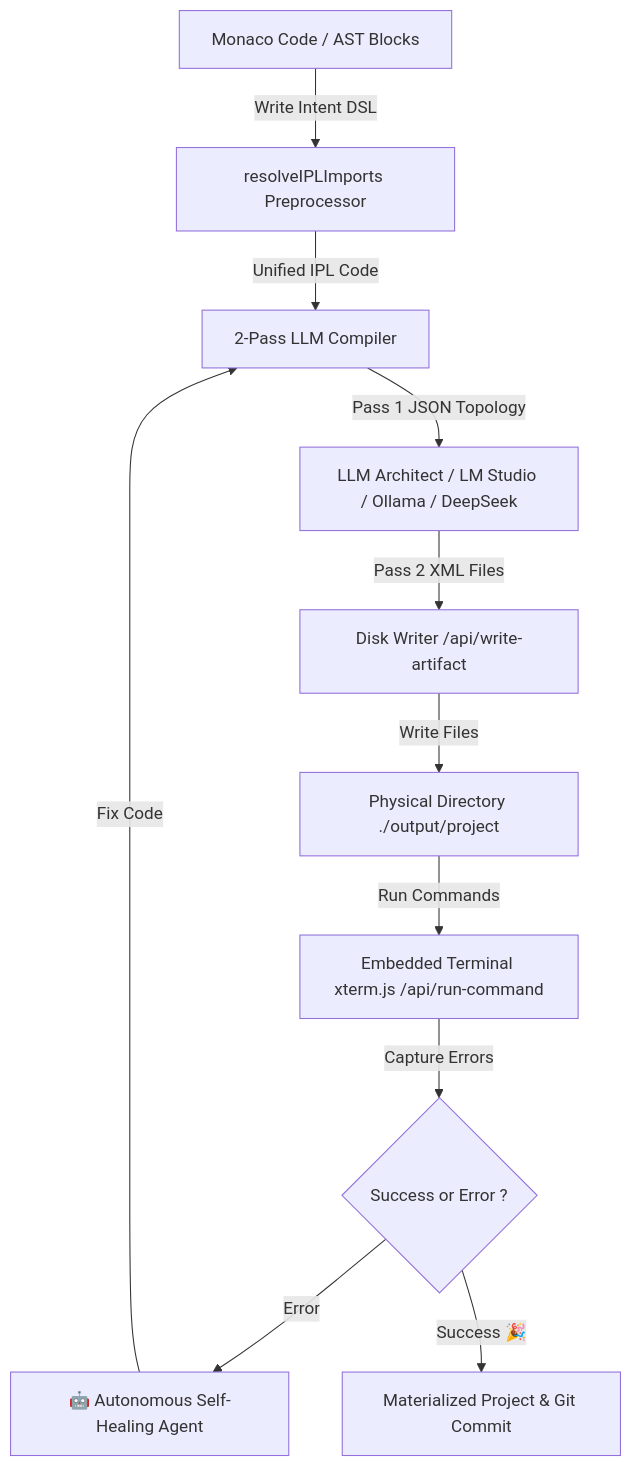
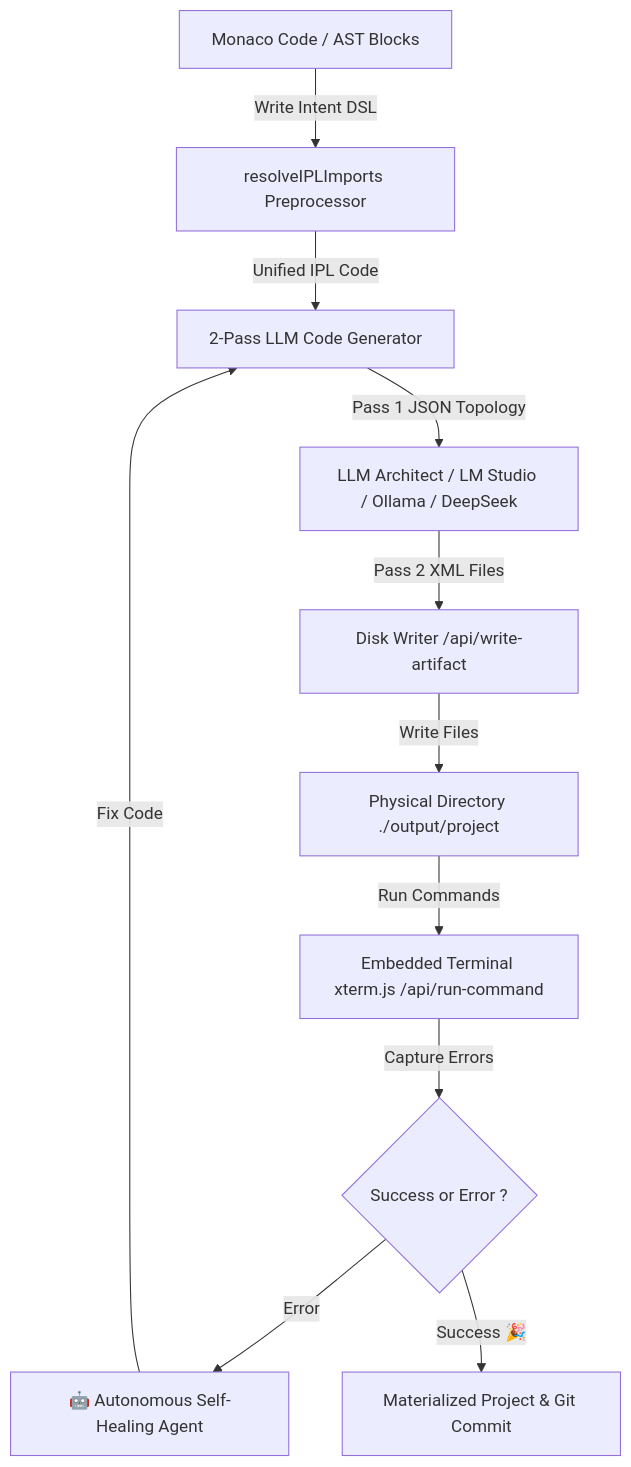
Before and after one commit to lecyberbill/IPL_STUDIO: the diagram in README.md, drawn with Mermaid. The commit also changed other lines of this file and 14 other files, not shown here.

Commit message:
refactor: Rename compiler/compilation terminology to generator/generation across code and docs

````diff
--- a/README.md
+++ b/README.md
@@ -67,13 +67,13 @@
 ```mermaid
 flowchart TD
     A[Monaco Code / AST Blocks] -->|Write Intent DSL| B[resolveIPLImports Preprocessor]
-    B -->|Unified IPL Code| C[2-Pass LLM Compiler]
+    B -->|Unified IPL Code| C[2-Pass LLM Code Generator]
     C -->|Pass 1 JSON Topology| D[LLM Architect / LM Studio / Ollama / DeepSeek]
     D -->|Pass 2 XML Files| E[Disk Writer /api/write-artifact]
     E -->|Write Files| F[Physical Directory ./output/project]
     F -->|Run Commands| G[Embedded Terminal xterm.js /api/run-command]
     G -->|Capture Errors| H{Success or Error ?}
     H -->|Error| I[🤖 Autonomous Self-Healing Agent]
     I -->|Fix Code| C
     H -->|Success 🎉| J[Materialized Project & Git Commit]
 ```
````
